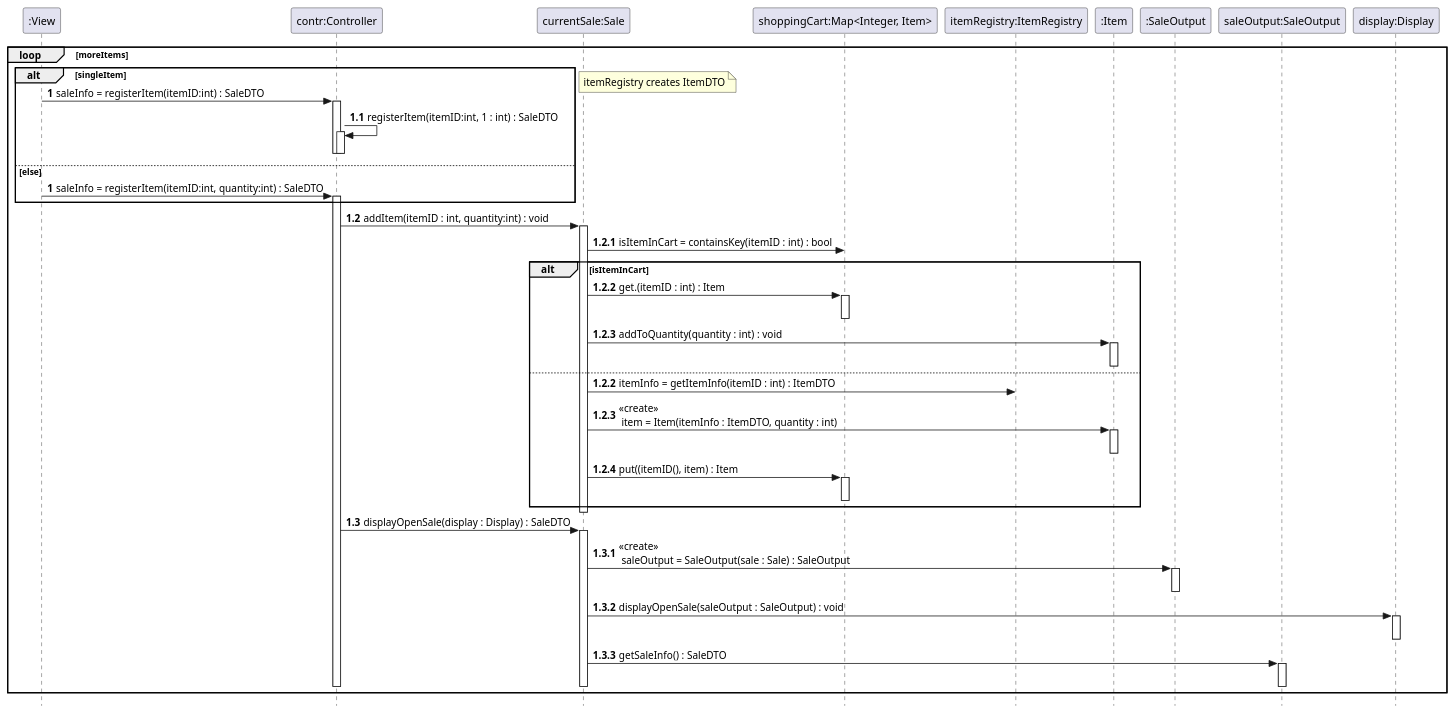
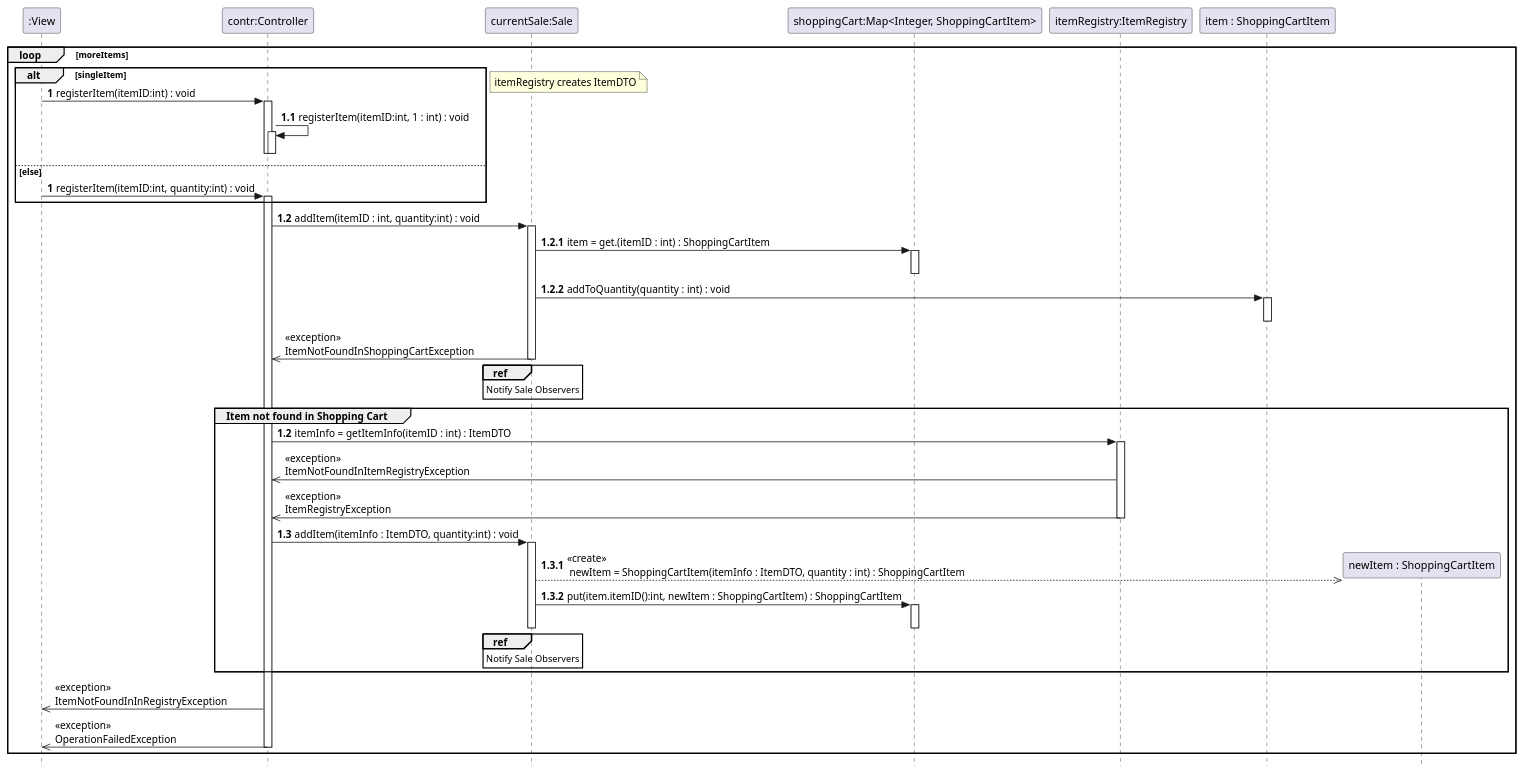
One commit to VincentFerrigan/kth-iv1350-object-oriented-design changed the fifth of 11 diagrams in uml/uml_v3.puml. Above: the diagram before and after it, drawn with PlantUML. The commit also changed other lines of this file and 75 other files, not shown here.

```diff
--- a/uml/uml_v3.puml
+++ b/uml/uml_v3.puml
@@ -353,101 +459,87 @@
 @startuml
 skinparam style strictuml
 
 'title registerItem
 'REGISTERITEM
 hide unlinked
 participant ":View" as View
 participant "contr:Controller" as contr
 participant "currentSale:Sale" as currentSale
-participant "shoppingCart:Map<Integer, Item>" as shoppingCart
+participant "shoppingCart:Map<Integer, ShoppingCartItem>" as shoppingCart
 participant "itemRegistry:ItemRegistry" as itemRegistry
-participant ":Item" as Item
-participant ":SaleOutput" as SaleOutput
-participant "saleOutput:SaleOutput" as saleOutput
-participant "display:Display" as display
+participant "item : ShoppingCartItem" as item
+participant "newItem : ShoppingCartItem" as newItem
 
 loop moreItems
 '[validIdentifier]
     alt singleItem
         autonumber 1
-        View -> contr : saleInfo = registerItem(itemID:int) : SaleDTO
+        View -> contr : registerItem(itemID:int) : void
         activate contr
         autonumber 1.1
-        contr -> contr : registerItem(itemID:int, 1 : int) : SaleDTO
+        contr -> contr : registerItem(itemID:int, 1 : int) : void
         activate contr
         deactivate contr
         deactivate contr
 
-'        autonumber 1.1
-''        contr -> inventorySystem : itemInfo = registerItem(itemID:int):ItemDTO
-'        contr -> itemRegistry : itemInfo = getItemInfo(itemID:int):ItemDTO
-'        activate itemRegistry
-'        alt invalidItem
-'        autonumber 1.1.1
-'        contr <-- itemRegistry : itemNotFound(itemID:int)
-'        deactivate itemRegistry
-'        autonumber 1.2
-'        View <-- contr : itemNotFound(itemID:int)
-
    else else
         autonumber 1
-        View -> contr : saleInfo = registerItem(itemID:int, quantity:int) : SaleDTO
+        View -> contr : registerItem(itemID:int, quantity:int) : void
         activate contr
    end
         deactivate itemRegistry
         note right: itemRegistry creates ItemDTO
 
         autonumber 1.2
         contr -> currentSale : addItem(itemID : int, quantity:int) : void
         activate currentSale
-        autonumber 1.2.1
-        currentSale -> shoppingCart : isItemInCart = containsKey(itemID : int) : bool
-        alt isItemInCart
-            autonumber 1.2.2
-            currentSale -> shoppingCart : get.(itemID : int) : Item
+            autonumber 1.2.1
+            currentSale -> shoppingCart : item = get.(itemID : int) : ShoppingCartItem
             activate shoppingCart
             deactivate shoppingCart
-            autonumber 1.2.3
-            currentSale -> Item : addToQuantity(quantity : int) : void
-            activate Item
-            deactivate Item
-        else
             autonumber 1.2.2
-            currentSale -> itemRegistry : itemInfo = getItemInfo(itemID : int) : ItemDTO
-            autonumber 1.2.3
-            currentSale -> Item : <<create>> \n item = Item(itemInfo : ItemDTO, quantity : int)
-            activate Item
-            deactivate Item
-            autonumber 1.2.4
-            currentSale -> shoppingCart : put((itemID(), item) : Item
+            currentSale -> item : addToQuantity(quantity : int) : void
+            activate item
+            deactivate item
+            autonumber stop
+            contr <<- currentSale : <<exception>>\nItemNotFoundInShoppingCartException
+            ref over currentSale
+                Notify Sale Observers
+            end ref
+            deactivate currentSale
+'            activate currentSale
+        group Item not found in Shopping Cart
+            autonumber 1.2
+            contr -> itemRegistry : itemInfo = getItemInfo(itemID : int) : ItemDTO
+            activate itemRegistry
+            autonumber stop
+            contr <<- itemRegistry : <<exception>>\nItemNotFoundInItemRegistryException
+            contr <<- itemRegistry : <<exception>>\nItemRegistryException
+            deactivate itemRegistry
+            autonumber 1.3
+            contr -> currentSale : addItem(itemInfo : ItemDTO, quantity:int) : void
+            activate currentSale
+            autonumber 1.3.1
+            create newItem
+            currentSale -[dashed]->> newItem : <<create>> \n newItem = ShoppingCartItem(itemInfo : ItemDTO, quantity : int) : ShoppingCartItem
+'            activate newItem
+'            deactivate newItem
+            autonumber 1.3.2
+            currentSale -> shoppingCart : put(item.itemID():int, newItem : ShoppingCartItem) : ShoppingCartItem
             activate shoppingCart
             deactivate shoppingCart
+        deactivate currentSale
+            ref over currentSale
+                Notify Sale Observers
+            end ref
         end
-        deactivate currentSale
-        autonumber 1.3
-        contr -> currentSale : displayOpenSale(display : Display) : SaleDTO
-        activate currentSale
-        autonumber 1.3.1
-        currentSale -> SaleOutput : <<create>> \n saleOutput = SaleOutput(sale : Sale) : SaleOutput
-        activate SaleOutput
-        deactivate SaleOutput
-        autonumber 1.3.2
-        currentSale -> display : displayOpenSale(saleOutput : SaleOutput) : void
-        activate display
-'        display -> saleOutput : createOpenSaleString() : String
-'        activate saleOutput
-'        deactivate saleOutput
-        deactivate display
-        autonumber 1.3.3
-        currentSale -> saleOutput : getSaleInfo() : SaleDTO
-        activate saleOutput
-        deactivate saleOutput
-        deactivate currentSale
-
+        autonumber stop
+            View <<- contr : <<exception>>\nItemNotFoundInInRegistryException
+            View <<- contr : <<exception>>\nOperationFailedException
         deactivate contr
 
         deactivate contr
 end
 
 autonumber stop
 @enduml
```
